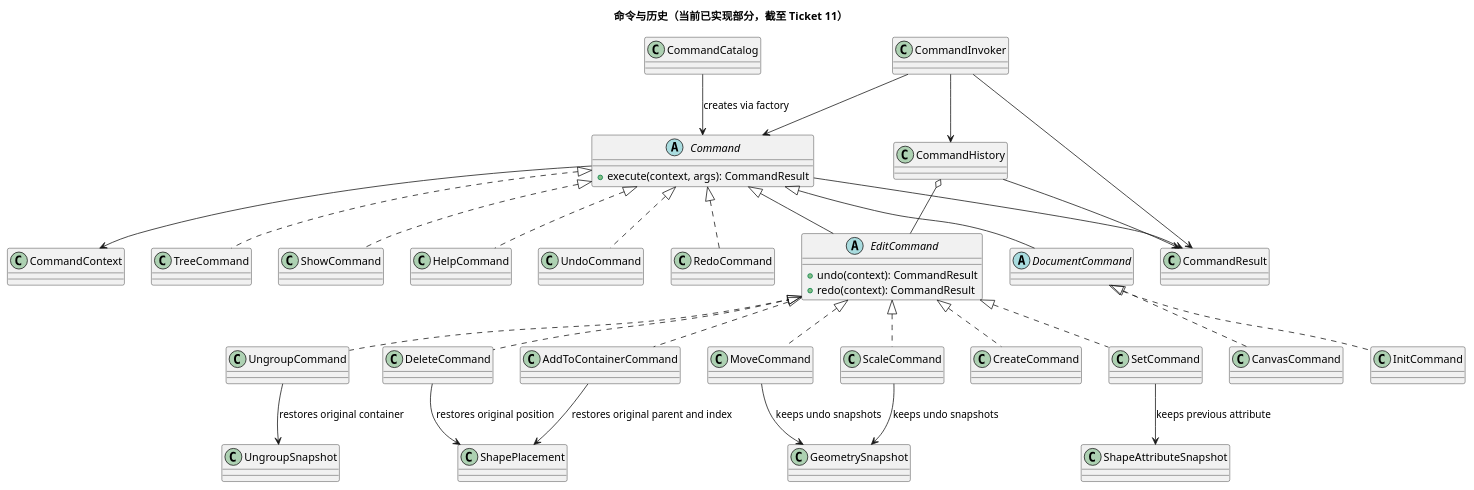
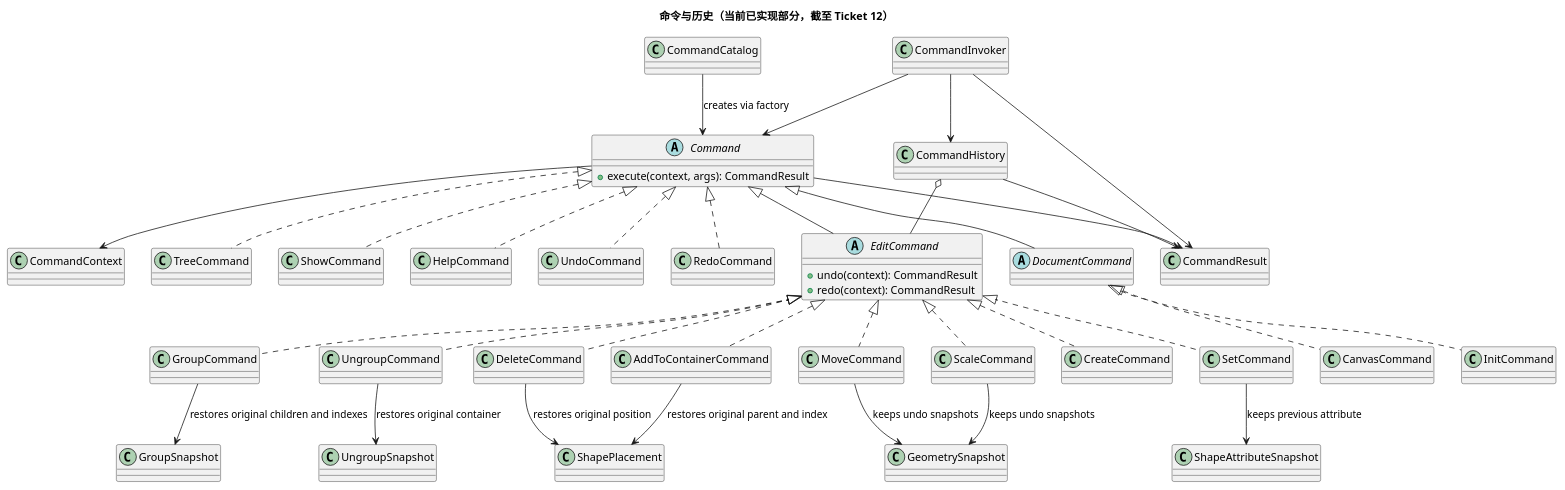
One commit to NQC233/svg-editor-lab1 changed the second of 2 diagrams in doc/class-model.puml. Above: the diagram before and after it, drawn with PlantUML. The commit also changed other lines of this file and 5 other files, not shown here.

```diff
--- a/doc/class-model.puml
+++ b/doc/class-model.puml
@@ -105,69 +124,73 @@
 @startuml
-title 命令与历史（当前已实现部分，截至 Ticket 11）
+title 命令与历史（当前已实现部分，截至 Ticket 12）
 
 abstract class Command {
   +execute(context, args): CommandResult
 }
 
 abstract class DocumentCommand
 
 abstract class EditCommand {
   +undo(context): CommandResult
   +redo(context): CommandResult
 }
 
 class CommandResult
 class CommandCatalog
 class CommandInvoker
 class CommandHistory
 class CommandContext
 class ShapePlacement
 class UngroupSnapshot
+class GroupSnapshot
 
 class CreateCommand
 class DeleteCommand
+class GroupCommand
 class UngroupCommand
 class AddToContainerCommand
 class MoveCommand
 class ScaleCommand
 class SetCommand
 class CanvasCommand
 class InitCommand
 class TreeCommand
 class ShowCommand
 class HelpCommand
 class UndoCommand
 class RedoCommand
 
 Command <|-- EditCommand
 Command <|-- DocumentCommand
 EditCommand <|.. CreateCommand
 EditCommand <|.. DeleteCommand
+EditCommand <|.. GroupCommand
 EditCommand <|.. UngroupCommand
 EditCommand <|.. AddToContainerCommand
 EditCommand <|.. MoveCommand
 EditCommand <|.. ScaleCommand
 EditCommand <|.. SetCommand
 DocumentCommand <|.. CanvasCommand
 DocumentCommand <|.. InitCommand
 Command <|.. TreeCommand
 Command <|.. ShowCommand
 Command <|.. HelpCommand
 Command <|.. UndoCommand
 Command <|.. RedoCommand
 
 CommandInvoker --> CommandHistory
 CommandInvoker --> Command
 CommandInvoker --> CommandResult
 CommandCatalog --> Command : creates via factory
 CommandHistory o-- EditCommand
 CommandHistory --> CommandResult
 Command --> CommandContext
 Command --> CommandResult
 DeleteCommand --> ShapePlacement : restores original position
 UngroupCommand --> UngroupSnapshot : restores original container
+GroupCommand --> GroupSnapshot : restores original children and indexes
 AddToContainerCommand --> ShapePlacement : restores original parent and index
 MoveCommand --> GeometrySnapshot : keeps undo snapshots
 ScaleCommand --> GeometrySnapshot : keeps undo snapshots
 SetCommand --> ShapeAttributeSnapshot : keeps previous attribute
 @enduml
```
